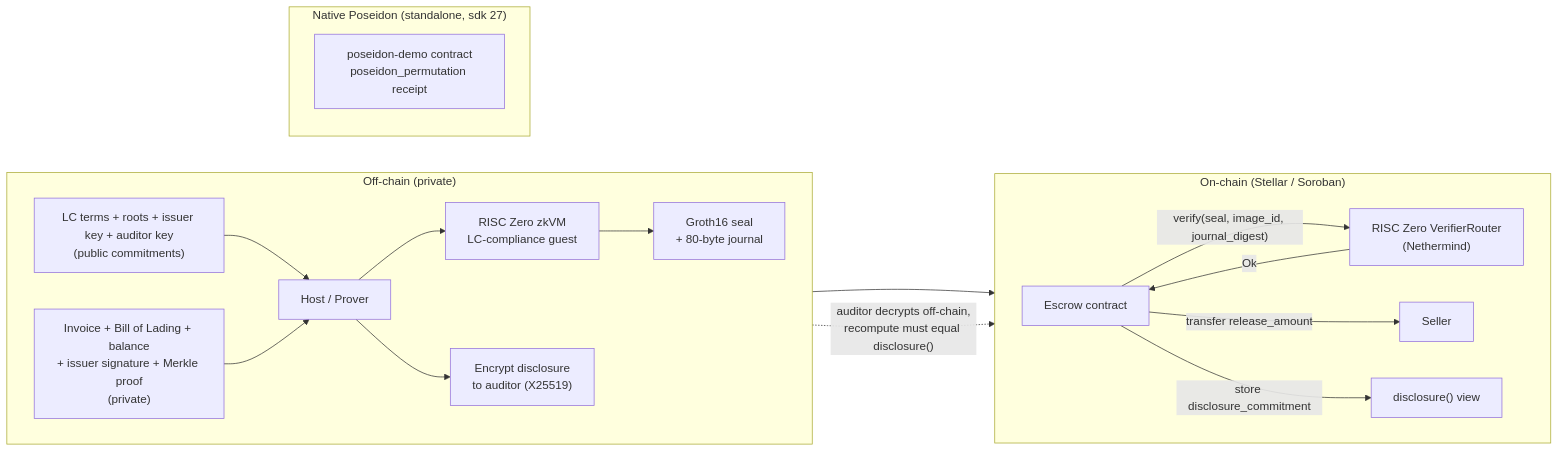
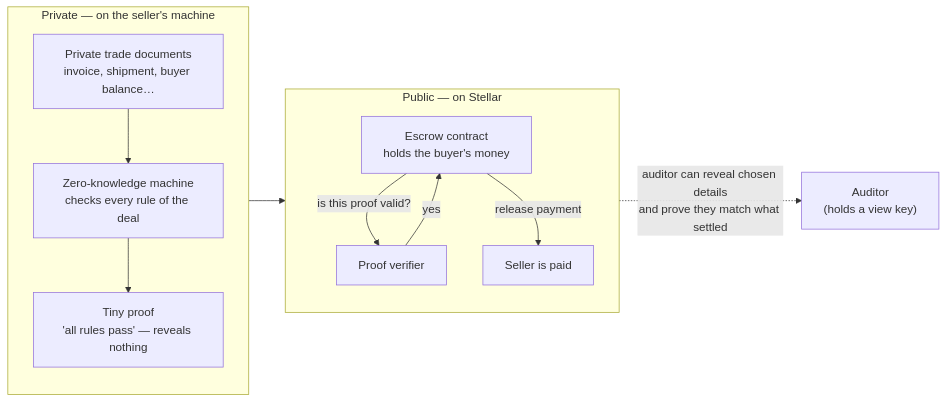
The first of 2 diagrams in README.md (FlemingJohn/bill-of-zero), drawn with Mermaid before and after one commit. The commit also changed other lines of this file, not shown here.

First line of the commit message:
docs: judge-friendly README — plain-language summary, live-proof links, de-jargoned diagrams

````diff
--- a/README.md
+++ b/README.md
@@ -72,35 +91,24 @@
 ```mermaid
 flowchart LR
-    subgraph OFF["Off-chain (private)"]
-        direction LR
-        TERMS["LC terms + roots + issuer key + auditor key<br/>(public commitments)"]
-        DOCS["Invoice + Bill of Lading + balance<br/>+ issuer signature + Merkle proof<br/>(private)"]
-        HOST["Host / Prover"]
-        GUEST["RISC Zero zkVM<br/>LC-compliance guest"]
-        AUD["Encrypt disclosure<br/>to auditor (X25519)"]
-        TERMS --> HOST
-        DOCS --> HOST
-        HOST --> GUEST
-        HOST --> AUD
-        GUEST --> PROOF["Groth16 seal<br/>+ 80-byte journal"]
+    subgraph OFF["Private — on the seller's machine"]
+        direction TB
+        DOCS["Private trade documents<br/>invoice, shipment, buyer balance…"]
+        ZK["Zero-knowledge machine<br/>checks every rule of the deal"]
+        DOCS --> ZK
+        ZK --> PROOF["Tiny proof<br/>'all rules pass' — reveals nothing"]
     end
 
     PROOF --> ESCROW
 
-    subgraph ON["On-chain (Stellar / Soroban)"]
-        direction LR
-        ESCROW["Escrow contract"]
-        ROUTER["RISC Zero VerifierRouter<br/>(Nethermind)"]
-        SELLER["Seller"]
-        ESCROW -- "verify(seal, image_id, journal_digest)" --> ROUTER
-        ROUTER -- "Ok" --> ESCROW
-        ESCROW -- "transfer release_amount" --> SELLER
-        ESCROW -- "store disclosure_commitment" --> DISC["disclosure() view"]
+    subgraph ON["Public — on Stellar"]
+        direction TB
+        ESCROW["Escrow contract<br/>holds the buyer's money"]
+        VERIFY["Proof verifier"]
+        SELLER["Seller is paid"]
+        ESCROW -- "is this proof valid?" --> VERIFY
+        VERIFY -- "yes" --> ESCROW
+        ESCROW -- "release payment" --> SELLER
     end
 
-    AUD -. "auditor decrypts off-chain,<br/>recompute must equal disclosure()" .-> DISC
-
-    subgraph SIDE["Native Poseidon (standalone, sdk 27)"]
-        POS["poseidon-demo contract<br/>poseidon_permutation receipt"]
-    end
+    ESCROW -. "auditor can reveal chosen details<br/>and prove they match what settled" .-> AUD["Auditor<br/>(holds a view key)"]
 ```
````
